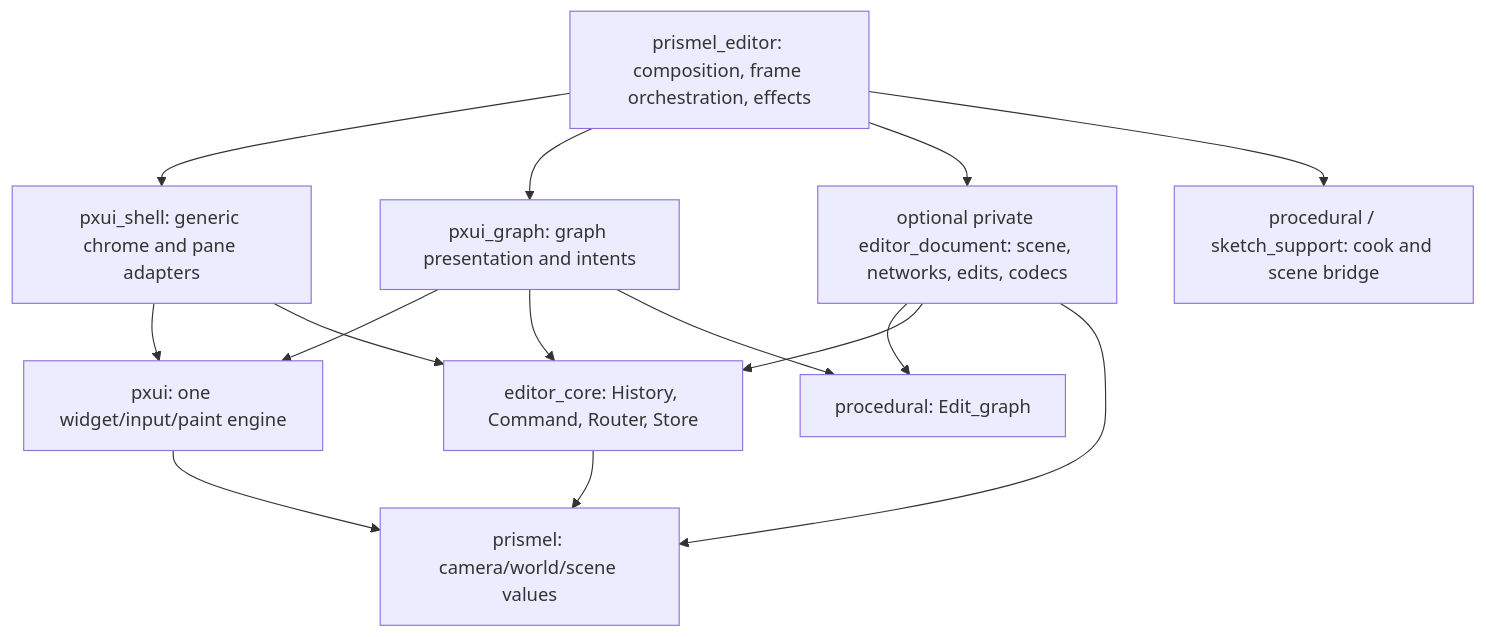
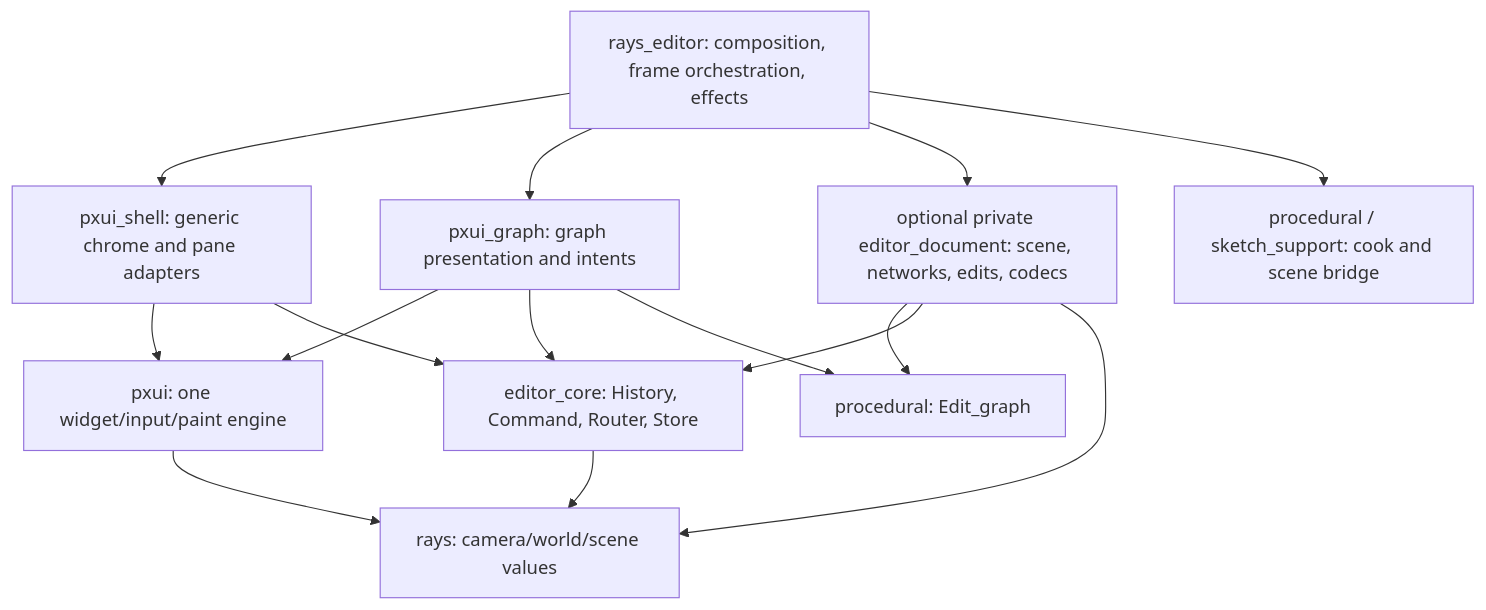
One commit to OlegHQ/prismel changed the diagram in research_notes/Editor architecture and maintenance/boundaries.md. Above: the diagram before and after it, drawn with Mermaid. The commit also changed other lines of this file and 1476 other files, not shown here.

First line of the commit message:
Rename Prismel to Rays

````diff
--- a/research_notes/Editor architecture and maintenance/boundaries.md
+++ b/research_notes/Editor architecture and maintenance/boundaries.md
@@ -30,17 +30,17 @@
 ```mermaid
 flowchart TD
-  Host[prismel_editor: composition, frame orchestration, effects] --> Shell[pxui_shell: generic chrome and pane adapters]
+  Host[rays_editor: composition, frame orchestration, effects] --> Shell[pxui_shell: generic chrome and pane adapters]
   Host --> Graph[pxui_graph: graph presentation and intents]
   Host --> Doc[optional private editor_document: scene, networks, edits, codecs]
   Host --> Cook[procedural / sketch_support: cook and scene bridge]
   Shell --> Ui[pxui: one widget/input/paint engine]
   Shell --> Core[editor_core: History, Command, Router, Store]
   Graph --> Ui
   Graph --> Core
   Graph --> Proc[procedural: Edit_graph]
   Doc --> Proc
   Doc --> Core
-  Doc --> Prismel[prismel: camera/world/scene values]
-  Core --> Prismel
-  Ui --> Prismel
+  Doc --> Rays[rays: camera/world/scene values]
+  Core --> Rays
+  Ui --> Rays
 ```
````
